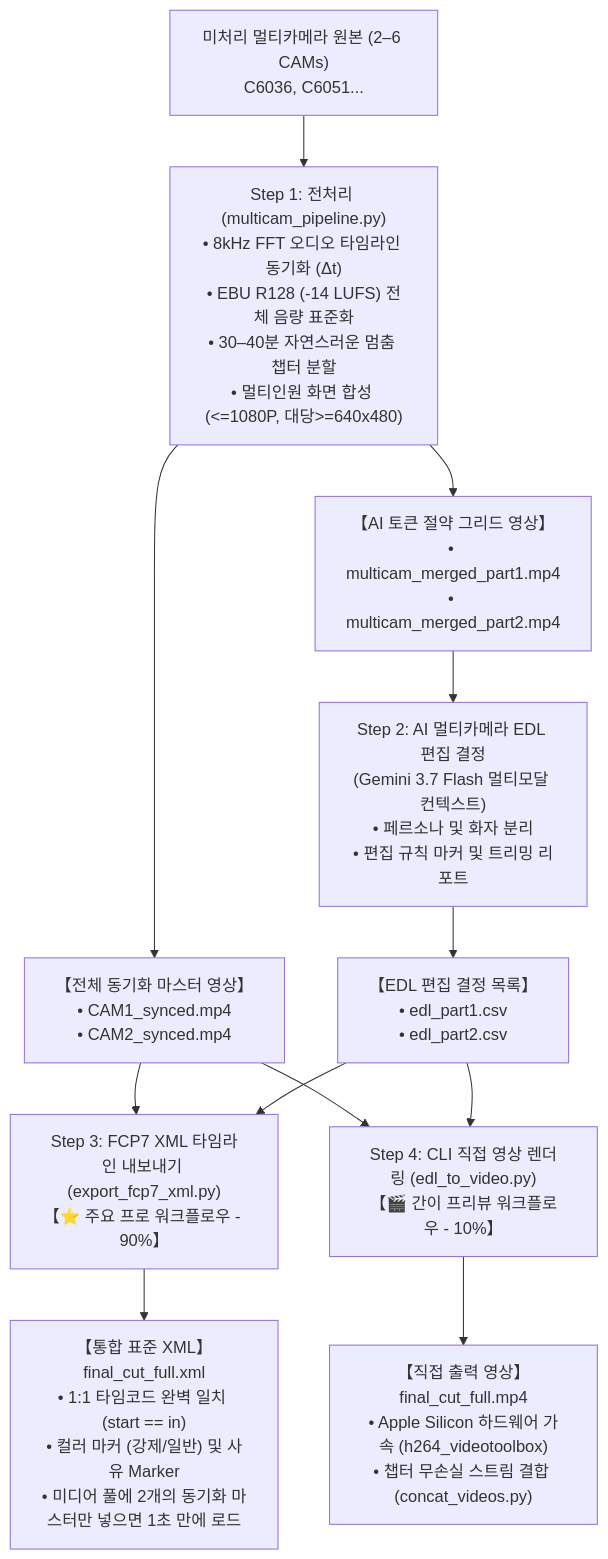
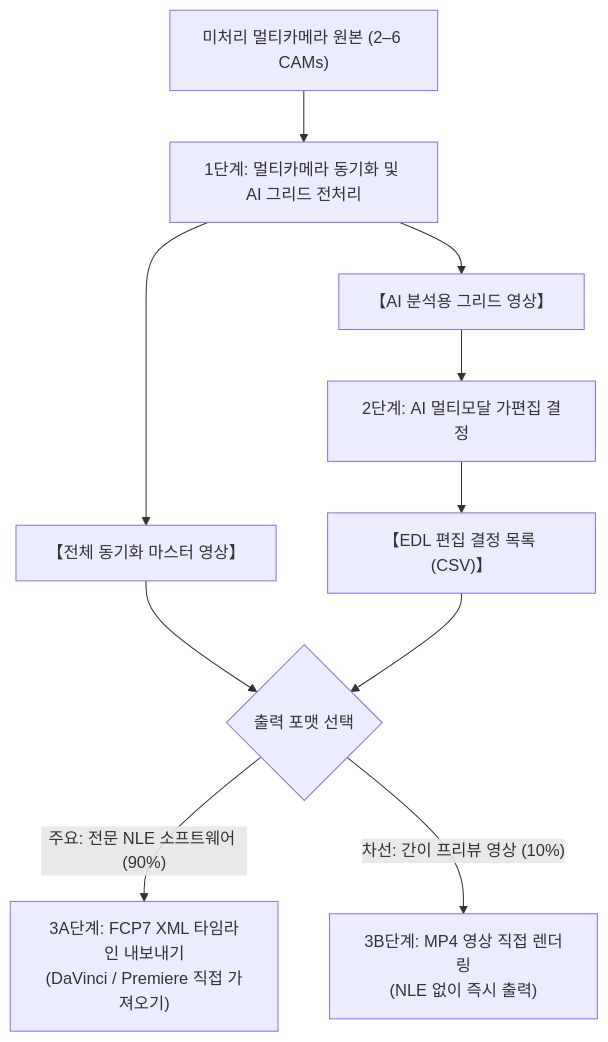
One commit to sylphlin/multicam-video-preprocessing changed the diagram in README.ko.md. Above: the diagram before and after it, drawn with Mermaid. The commit also changed other lines of this file and 4 other files, not shown here.

Commit message:
docs: restructure READMEs with clean process flow, 2 prompt scenarios, and detailed step breakdowns

````diff
--- a/README.ko.md
+++ b/README.ko.md
@@ -46,19 +45,16 @@
 ```mermaid
 flowchart TD
-    A["미처리 멀티카메라 원본 (2–6 CAMs)<br/>C6036, C6051..."] --> B["Step 1: 전처리 (multicam_pipeline.py)<br/>• 8kHz FFT 오디오 타임라인 동기화 (Δt)<br/>• EBU R128 (-14 LUFS) 전체 음량 표준화<br/>• 30–40분 자연스러운 멈춤 챕터 분할<br/>• 멀티인원 화면 합성 (<=1080P, 대당>=640x480)"]
+    A["미처리 멀티카메라 원본 (2–6 CAMs)"] --> B["1단계: 멀티카메라 동기화 및 AI 그리드 전처리"]
     
-    B --> C["【전체 동기화 마스터 영상】<br/>• CAM1_synced.mp4<br/>• CAM2_synced.mp4"]
-    B --> D["【AI 토큰 절약 그리드 영상】<br/>• multicam_merged_part1.mp4<br/>• multicam_merged_part2.mp4"]
+    B --> C["【전체 동기화 마스터 영상】"]
+    B --> D["【AI 분석용 그리드 영상】"]
     
-    D --> E["Step 2: AI 멀티카메라 EDL 편집 결정<br/>(Gemini 3.7 Flash 멀티모달 컨텍스트)<br/>• 페르소나 및 화자 분리<br/>• 편집 규칙 마커 및 트리밍 리포트"]
+    D --> E["2단계: AI 멀티모달 가편집 결정"]
+    E --> F["【EDL 편집 결정 목록 (CSV)】"]
     
-    E --> F["【EDL 편집 결정 목록】<br/>• edl_part1.csv<br/>• edl_part2.csv"]
+    C --> G{"출력 포맷 선택"}
+    F --> G
     
-    C --> G["Step 3: FCP7 XML 타임라인 내보내기 (export_fcp7_xml.py)<br/>【⭐ 주요 프로 워크플로우 - 90%】"]
-    F --> G
-    G --> H["【통합 표준 XML】final_cut_full.xml<br/>• 1:1 타임코드 완벽 일치 (start == in)<br/>• 컬러 마커 (강제/일반) 및 사유 Marker<br/>• 미디어 풀에 2개의 동기화 마스터만 넣으면 1초 만에 로드"]
-    
-    C --> I["Step 4: CLI 직접 영상 렌더링 (edl_to_video.py)<br/>【🎬 간이 프리뷰 워크플로우 - 10%】"]
-    F --> I
-    I --> J["【직접 출력 영상】final_cut_full.mp4<br/>• Apple Silicon 하드웨어 가속 (h264_videotoolbox)<br/>• 챕터 무손실 스트림 결합 (concat_videos.py)"]
+    G -->|"주요: 전문 NLE 소프트웨어 (90%)"| H["3A단계: FCP7 XML 타임라인 내보내기<br/>(DaVinci / Premiere 직접 가져오기)"]
+    G -->|"차선: 간이 프리뷰 영상 (10%)"| I["3B단계: MP4 영상 직접 렌더링<br/>(NLE 없이 즉시 출력)"]
 ```
````
